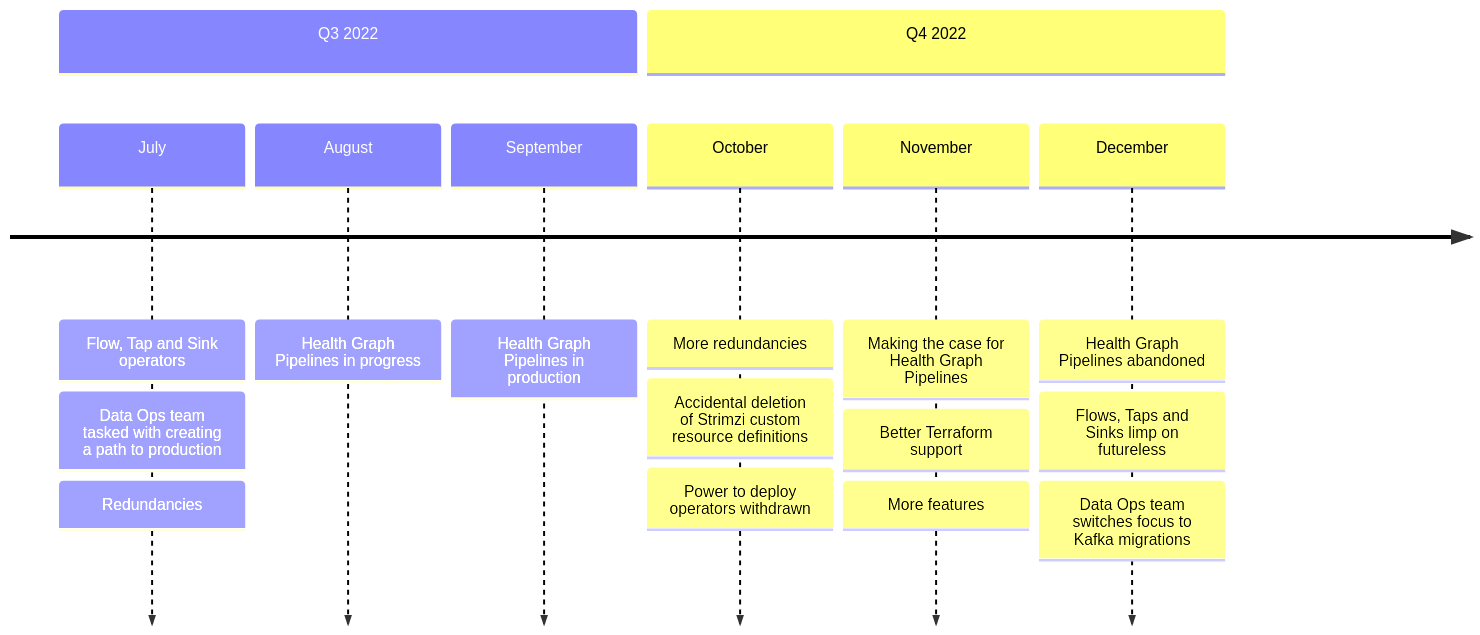
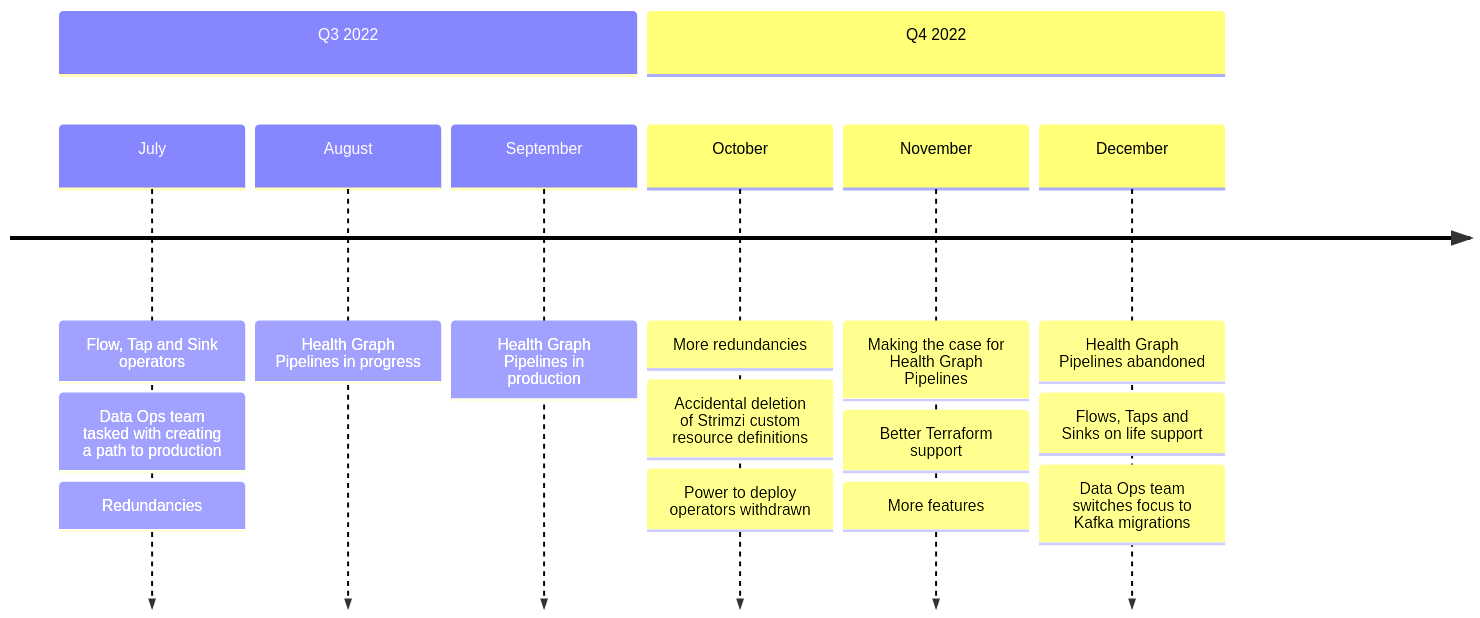
The diagram in mermaid/timeline.mmd (gerald1248/operator-antipattern-slides), drawn with Mermaid before and after one commit. The commit also changed 12 other files, not shown here.

Commit message:
added more diagrams

```diff
--- a/mermaid/timeline.mmd
+++ b/mermaid/timeline.mmd
@@ -1,16 +1,16 @@
 ---
 
 config:
   theme: default
 
 ---
 
 timeline
     section Q3 2022
       July : Flow, Tap and Sink operators : Data Ops team tasked with creating a path to production : Redundancies
       August : Health Graph Pipelines in progress
       September : Health Graph Pipelines in production
     section Q4 2022
       October :  More redundancies : Accidental deletion of Strimzi custom resource definitions : Power to deploy operators withdrawn
       November : Making the case for Health Graph Pipelines : Better Terraform support : More features
-      December : Health Graph Pipelines abandoned : Flows, Taps and Sinks limp on futureless: Data Ops team switches focus to Kafka migrations
+      December : Health Graph Pipelines abandoned : Flows, Taps and Sinks on life support : Data Ops team switches focus to Kafka migrations
```
